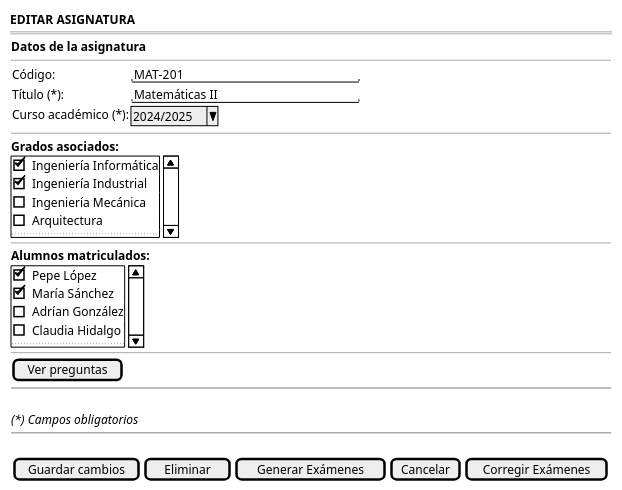
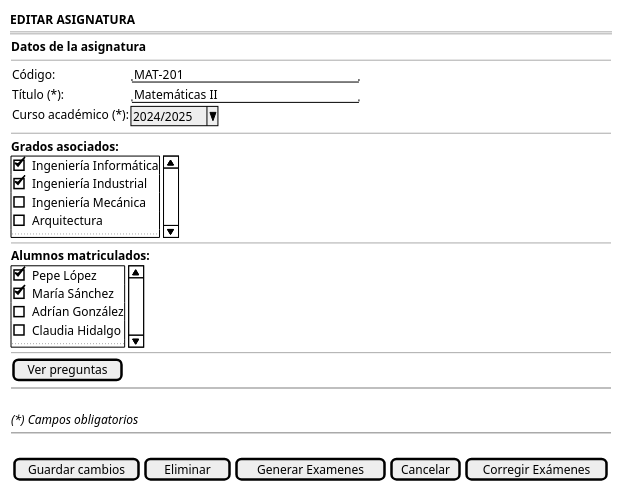
One commit to martinlopez7/25-26-IdSw1-SdR changed the diagram in documents/casos-de-uso/prototipadoCasosDeUso/editarAsignatura/editarAsignatura.puml. Above: the diagram before and after it, drawn with PlantUML. The commit also changed 14 other files, not shown here.

```diff
--- a/documents/casos-de-uso/prototipadoCasosDeUso/editarAsignatura/editarAsignatura.puml
+++ b/documents/casos-de-uso/prototipadoCasosDeUso/editarAsignatura/editarAsignatura.puml
@@ -1,49 +1,49 @@
 @startsalt editarAsignatura_FORMULARIO
 {
     <b>EDITAR ASIGNATURA</b>
     ===
     {
         <b>Datos de la asignatura</b>
         --
         {
             Código:         | "MAT-201                     " 
             Título (*):     | "Matemáticas II              "
             Curso académico (*): | ^2024/2025^
         }
         
         --
         
         <b>Grados asociados:</b>
         {SI
             [X] Ingeniería Informática
             [X] Ingeniería Industrial
             [ ] Ingeniería Mecánica
             [ ] Arquitectura
             ...
         }
         
         --
         
         <b>Alumnos matriculados:</b>
         {SI
             [X] Pepe López
             [X] María Sánchez
             [ ] Adrían González
             [ ] Claudia Hidalgo
             ...
         }
         
         --
         
         [Ver preguntas]
         
         ~~
         .
         <i>(*) Campos obligatorios</i>
         
         ~~
         .
-        {[Guardar cambios] | [ Eliminar ] | [ Generar Exámenes ] | [Cancelar] | [Corregir Exámenes]}
+        {[Guardar cambios] | [ Eliminar ] | [ Generar Examenes ] | [Cancelar] | [Corregir Exámenes]}
     }
 }
 @endsalt
```
